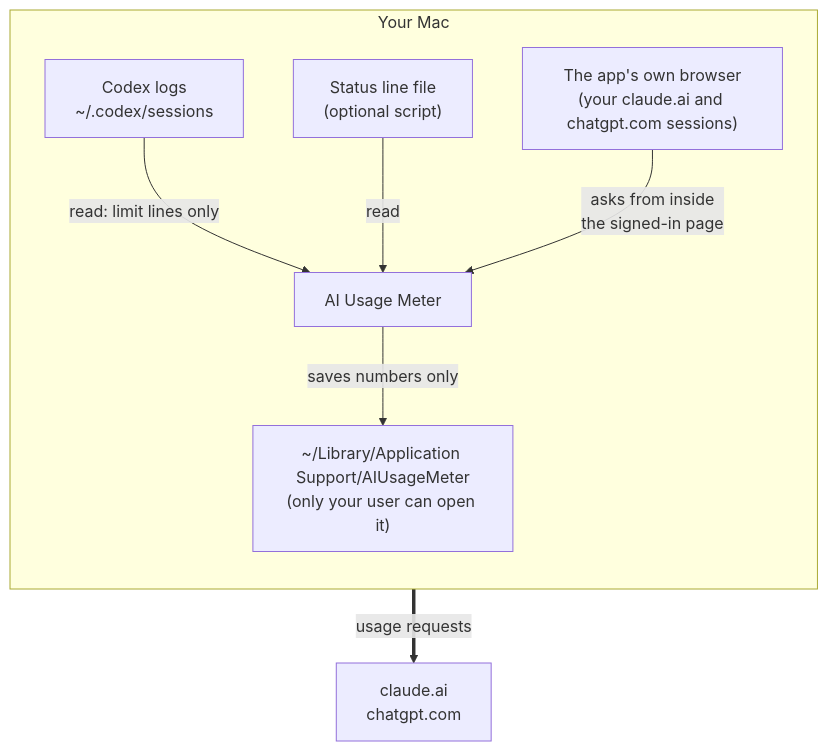
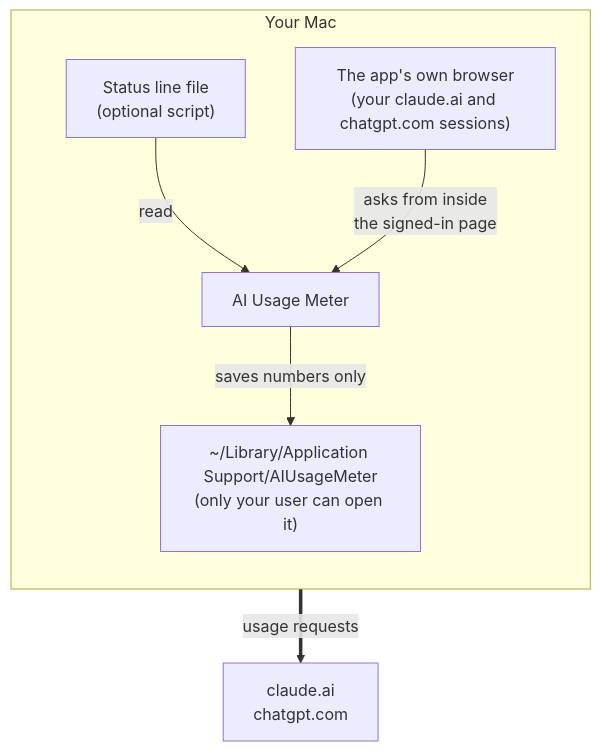
Before and after one commit to PrajwalSR/ai_usage_meter: the first of 2 diagrams in SECURITY.md, drawn with Mermaid. The commit also changed other lines of this file and 24 other files, not shown here.

First line of the commit message:
Read ChatGPT usage only from chatgpt.com; stop reading Codex logs

````diff
--- a/SECURITY.md
+++ b/SECURITY.md
@@ -22,11 +22,10 @@
 ```mermaid
 flowchart TB
     subgraph Mac["Your Mac"]
         direction TB
-        C2["Codex logs<br/>~/.codex/sessions"] -->|"read: limit lines only"| APP
         SL["Status line file<br/>(optional script)"] -->|"read"| APP
         WV["The app's own browser<br/>(your claude.ai and chatgpt.com sessions)"] -->|"asks from inside<br/>the signed-in page"| APP
         APP["AI Usage Meter"] -->|"saves numbers only"| S["~/Library/Application Support/AIUsageMeter<br/>(only your user can open it)"]
     end
     APP ==>|"usage requests"| A["claude.ai<br/>chatgpt.com"]
 ```
````
